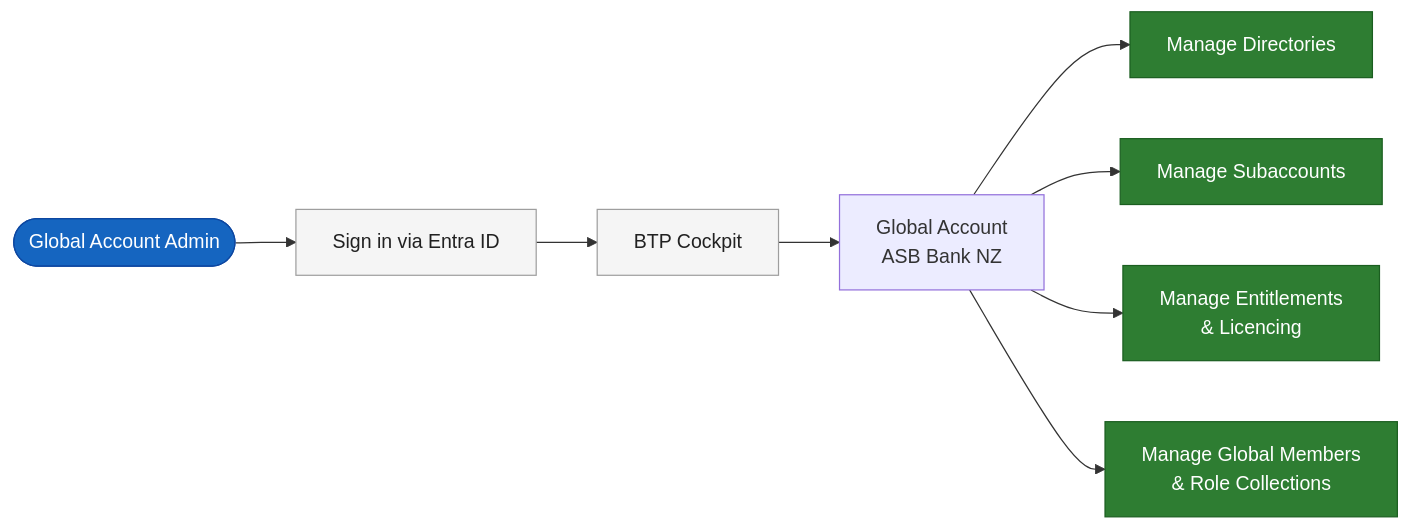
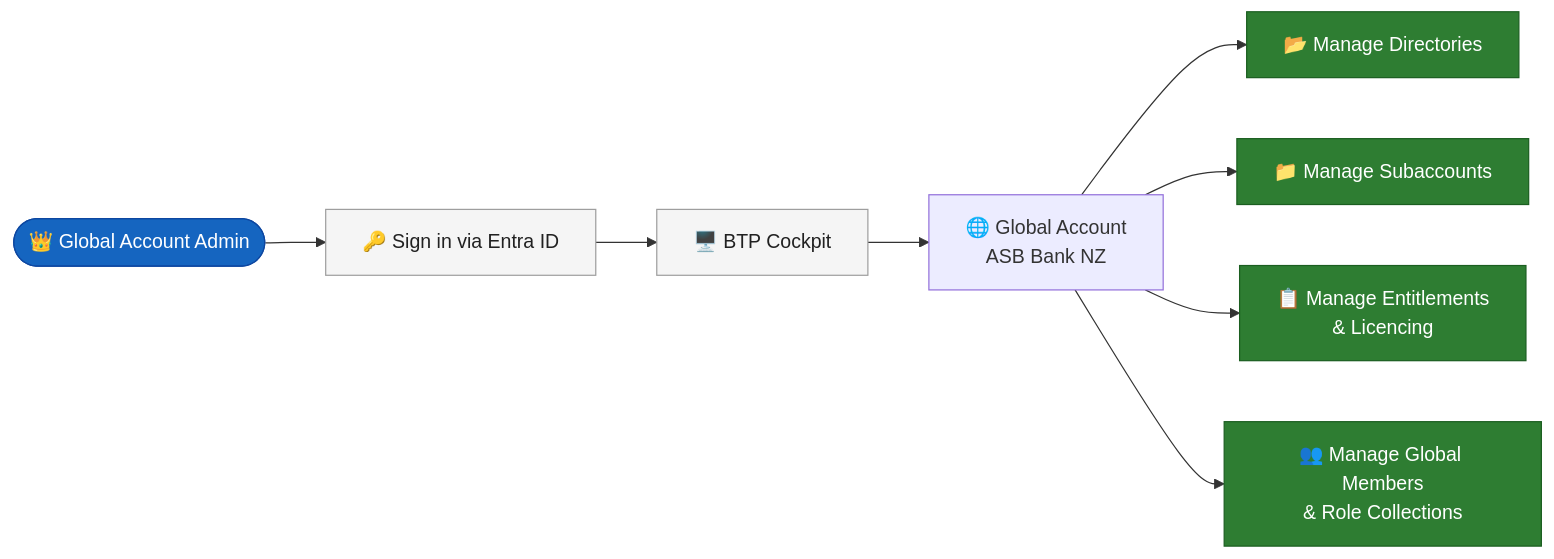
One commit to bhargavach/timeteam changed the first of 6 diagrams in BTP-Traffic-Flow-Diagrams.md. Above: the diagram before and after it, drawn with Mermaid. The commit also changed other lines of this file, not shown here.

````diff
--- a/BTP-Traffic-Flow-Diagrams.md
+++ b/BTP-Traffic-Flow-Diagrams.md
@@ -9,25 +10,25 @@
 ```mermaid
 flowchart LR
     classDef user   fill:#1565C0,color:#fff,stroke:#0D47A1
     classDef system fill:#F5F5F5,color:#212121,stroke:#9E9E9E
     classDef scope  fill:#2E7D32,color:#fff,stroke:#1B5E20
 
-    GA_ADMIN(["Global Account Admin"])
-    LOGIN["Sign in via Entra ID"]
-    COCKPIT["BTP Cockpit"]
-    GLOBAL["Global Account\nASB Bank NZ"]
-    DIRS["Manage Directories"]
-    SUBS["Manage Subaccounts"]
-    ENTITLE["Manage Entitlements\n& Licencing"]
-    MEMBERS["Manage Global Members\n& Role Collections"]
+    GA_ADMIN(["👑 Global Account Admin"])
+    LOGIN["🔑 Sign in via Entra ID"]
+    COCKPIT["🖥️ BTP Cockpit"]
+    GLOBAL["🌐 Global Account\nASB Bank NZ"]
+    DIRS["📂 Manage Directories"]
+    SUBS["📁 Manage Subaccounts"]
+    ENTITLE["📋 Manage Entitlements\n& Licencing"]
+    MEMBERS["👥 Manage Global Members\n& Role Collections"]
 
     GA_ADMIN --> LOGIN --> COCKPIT --> GLOBAL
     GLOBAL --> DIRS
     GLOBAL --> SUBS
     GLOBAL --> ENTITLE
     GLOBAL --> MEMBERS
 
     class GA_ADMIN user
     class LOGIN,COCKPIT system
     class DIRS,SUBS,ENTITLE,MEMBERS scope
 ```
````
